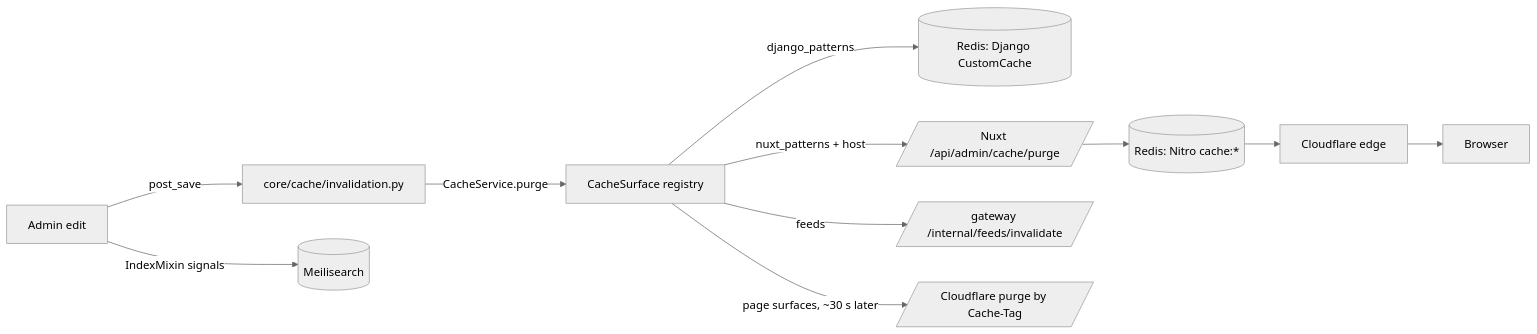
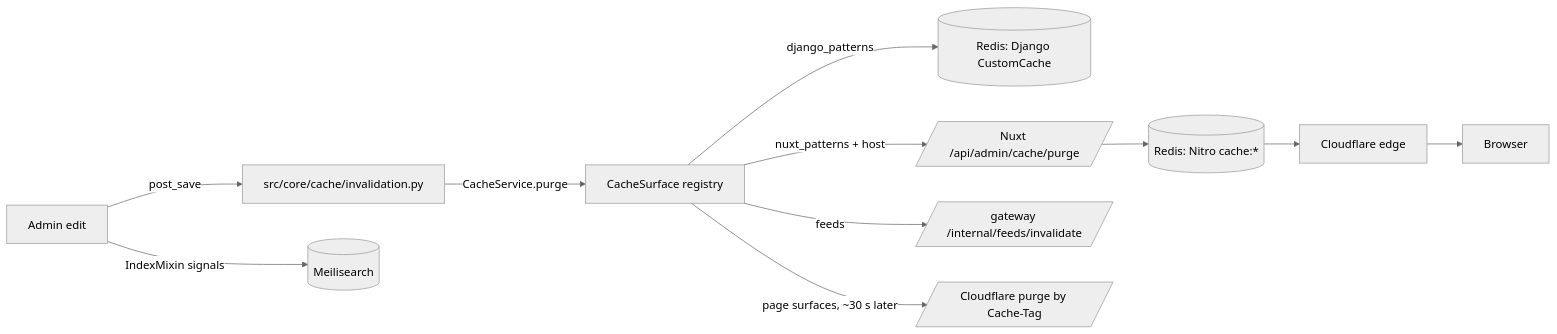
One commit to vasilistotskas/grooveshop-docs changed the diagram in src/dev/operations/caches.md. Above: the diagram before and after it, drawn with Mermaid (neutral theme). The commit also changed other lines of this file and 54 other files, not shown here.

````diff
--- a/src/dev/operations/caches.md
+++ b/src/dev/operations/caches.md
@@ -17,12 +17,12 @@
 ```mermaid
 flowchart LR
-  A[Admin edit] -->|post_save| I[core/cache/invalidation.py]
+  A[Admin edit] -->|post_save| I[src/core/cache/invalidation.py]
   I -->|CacheService.purge| S[CacheSurface registry]
   S -->|django_patterns| R1[(Redis: Django CustomCache)]
   S -->|nuxt_patterns + host| N[/Nuxt /api/admin/cache/purge/]
   N --> R2[(Redis: Nitro cache:*)]
   S -->|feeds| G[/gateway /internal/feeds/invalidate/]
   S -->|page surfaces, ~30 s later| T[/Cloudflare purge by Cache-Tag/]
   A -->|IndexMixin signals| M[(Meilisearch)]
   R2 --> CF[Cloudflare edge] --> B[Browser]
 ```
````
